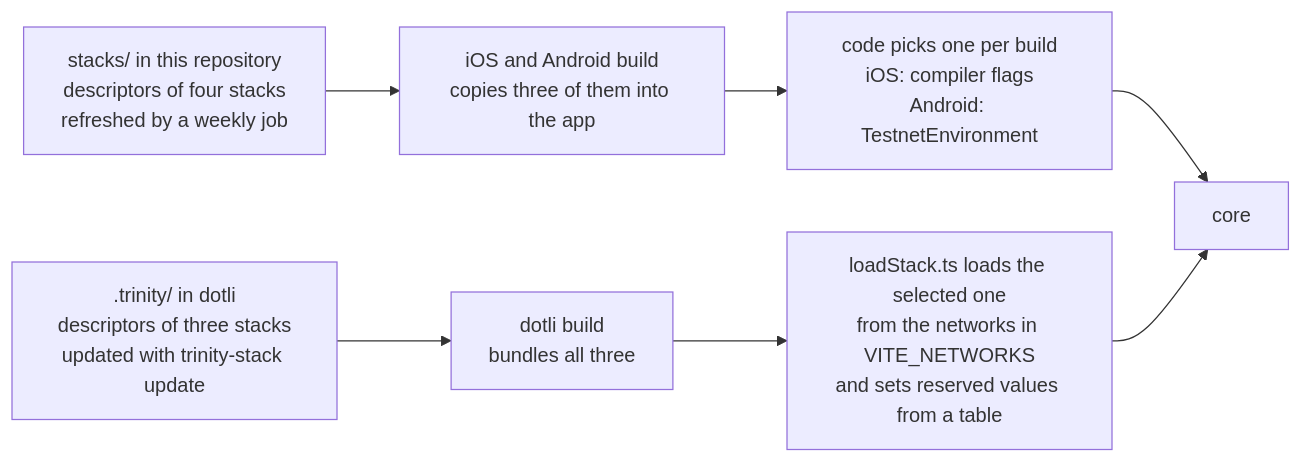
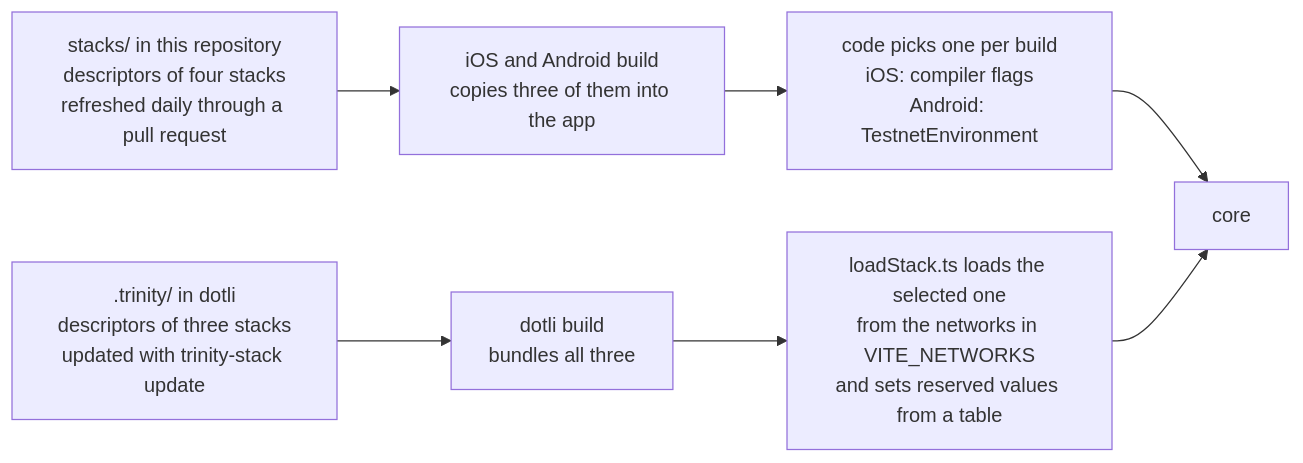
The first of 2 diagrams in docs/design/trinity-stack-build-config.md (paritytech/trinity-user-agents), drawn with Mermaid before and after one commit. The commit also changed other lines of this file, not shown here.

````diff
--- a/docs/design/trinity-stack-build-config.md
+++ b/docs/design/trinity-stack-build-config.md
@@ -23,12 +24,12 @@
 ```mermaid
 flowchart LR
-  S1["stacks/ in this repository<br/>descriptors of four stacks<br/>refreshed by a weekly job"]
+  S1["stacks/ in this repository<br/>descriptors of four stacks<br/>refreshed daily through a pull request"]
   B1["iOS and Android build<br/>copies three of them into the app"]
   C1["code picks one per build<br/>iOS: compiler flags<br/>Android: TestnetEnvironment"]
   S2[".trinity/ in dotli<br/>descriptors of three stacks<br/>updated with trinity-stack update"]
   B2["dotli build<br/>bundles all three"]
   C2["loadStack.ts loads the selected one<br/>from the networks in VITE_NETWORKS<br/>and sets reserved values from a table"]
   K["core"]
   S1 --> B1 --> C1 --> K
   S2 --> B2 --> C2 --> K
 ```
````
